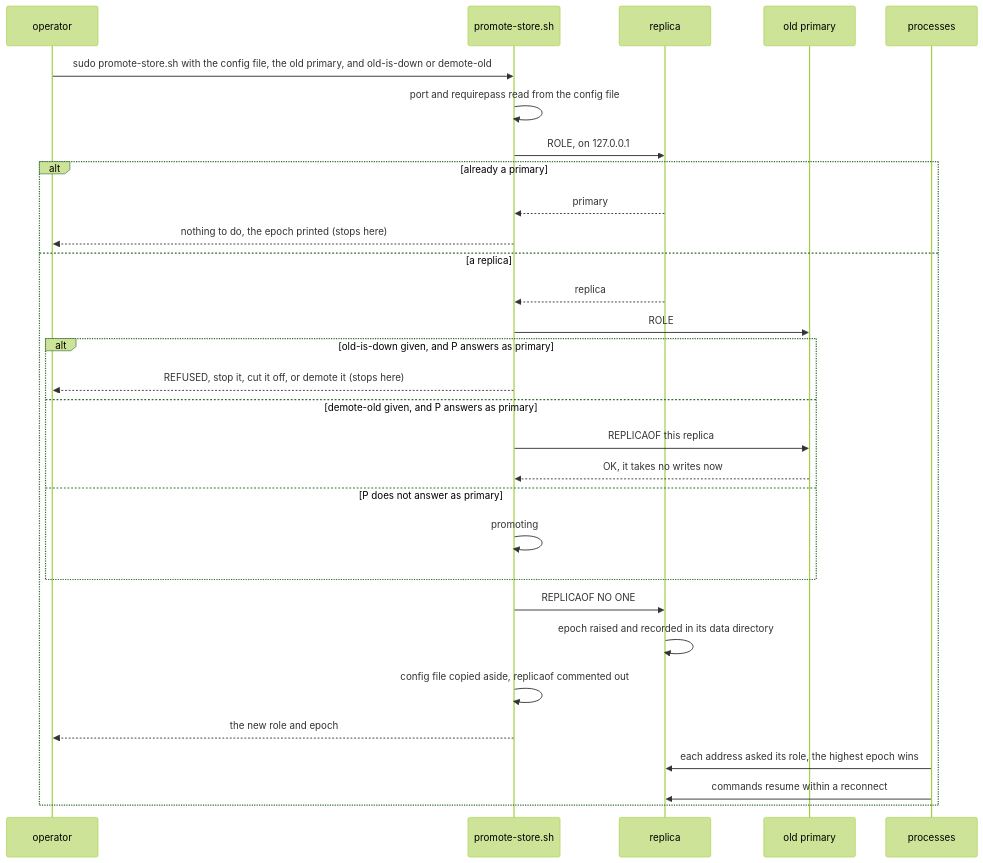
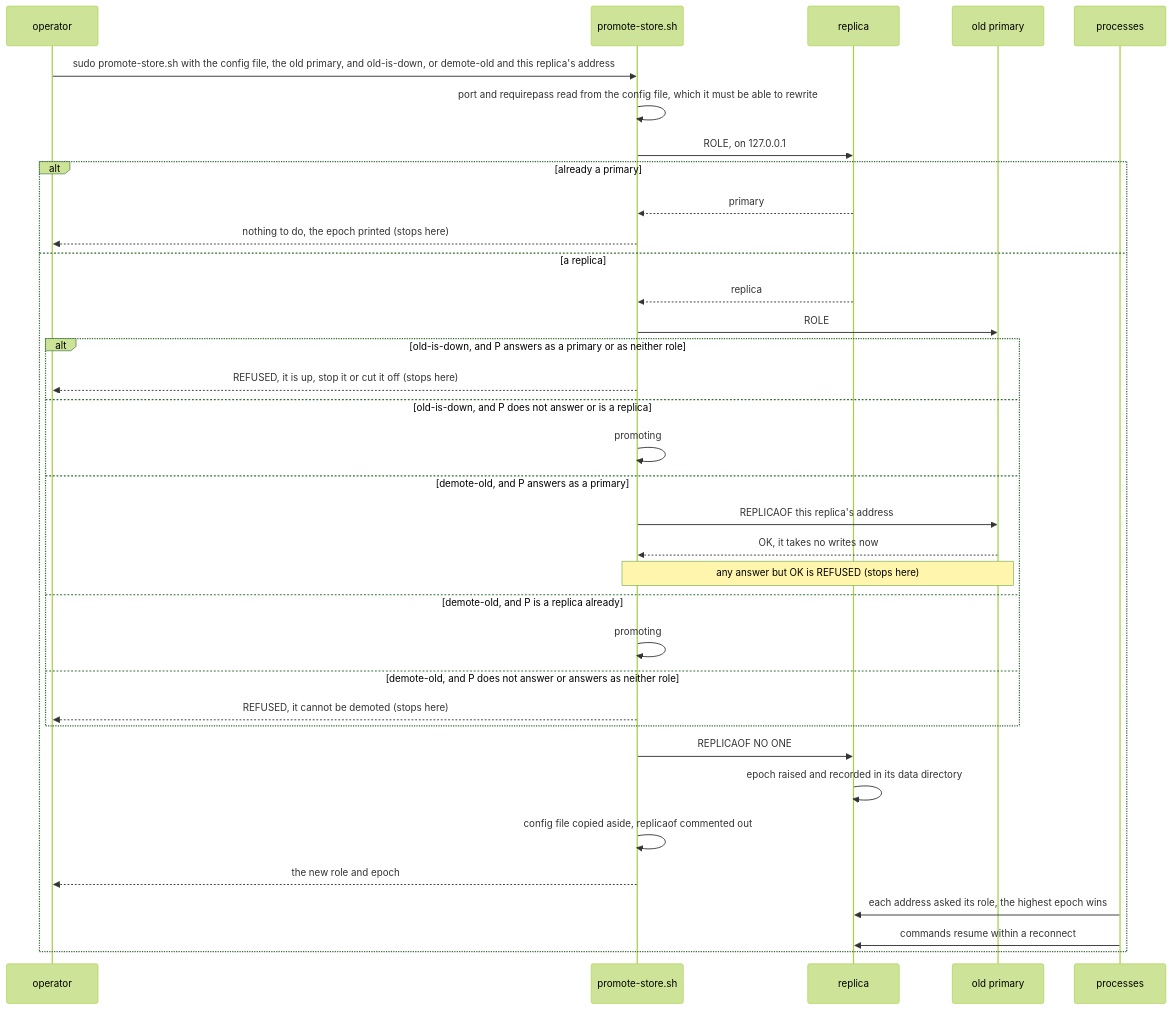
The sixth of 9 diagrams in docs/diagrams/07-deploy-and-operations.md (greensoft-atom/depio-simulation-platform), drawn with Mermaid (forest theme) before and after one commit. The commit also changed other lines of this file and 121 other files, not shown here.

````diff
--- a/docs/diagrams/07-deploy-and-operations.md
+++ b/docs/diagrams/07-deploy-and-operations.md
@@ -250,32 +282,37 @@
 ```mermaid
 sequenceDiagram
     participant O as operator
     participant S as promote-store.sh
     participant R as replica
     participant P as old primary
     participant K as processes
-    O->>S: sudo promote-store.sh with the config file, the old primary, and old-is-down or demote-old
-    S->>S: port and requirepass read from the config file
+    O->>S: sudo promote-store.sh with the config file, the old primary, and old-is-down, or demote-old and this replica's address
+    S->>S: port and requirepass read from the config file, which it must be able to rewrite
     S->>R: ROLE, on 127.0.0.1
     alt already a primary
         R-->>S: primary
         S-->>O: nothing to do, the epoch printed (stops here)
     else a replica
         R-->>S: replica
         S->>P: ROLE
-        alt old-is-down given, and P answers as primary
-            S-->>O: REFUSED, stop it, cut it off, or demote it (stops here)
-        else demote-old given, and P answers as primary
-            S->>P: REPLICAOF this replica
+        alt old-is-down, and P answers as a primary or as neither role
+            S-->>O: REFUSED, it is up, stop it or cut it off (stops here)
+        else old-is-down, and P does not answer or is a replica
+            S->>S: promoting
+        else demote-old, and P answers as a primary
+            S->>P: REPLICAOF this replica's address
             P-->>S: OK, it takes no writes now
-        else P does not answer as primary
+            Note over S,P: any answer but OK is REFUSED (stops here)
+        else demote-old, and P is a replica already
             S->>S: promoting
+        else demote-old, and P does not answer or answers as neither role
+            S-->>O: REFUSED, it cannot be demoted (stops here)
         end
         S->>R: REPLICAOF NO ONE
         R->>R: epoch raised and recorded in its data directory
         S->>S: config file copied aside, replicaof commented out
         S-->>O: the new role and epoch
         K->>R: each address asked its role, the highest epoch wins
         K->>R: commands resume within a reconnect
     end
 ```
````
